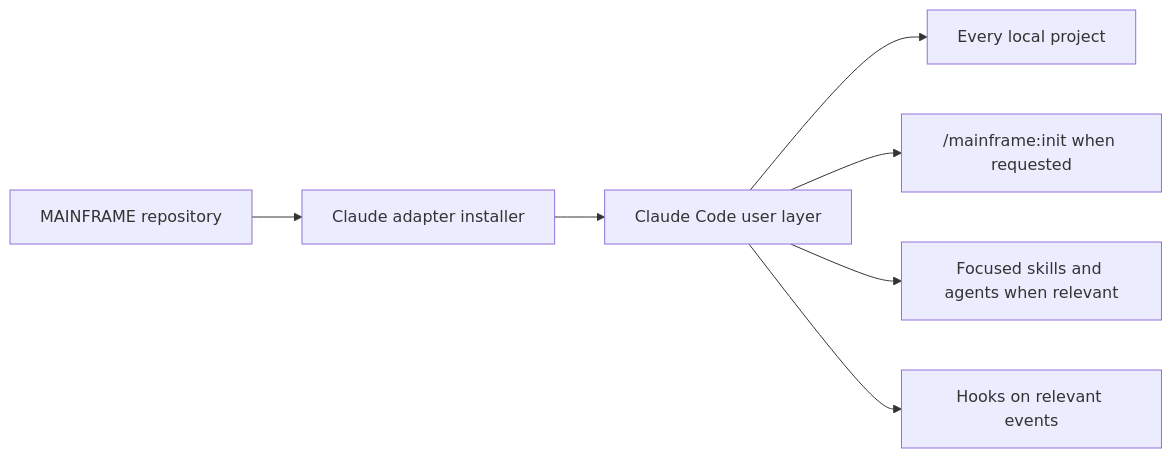
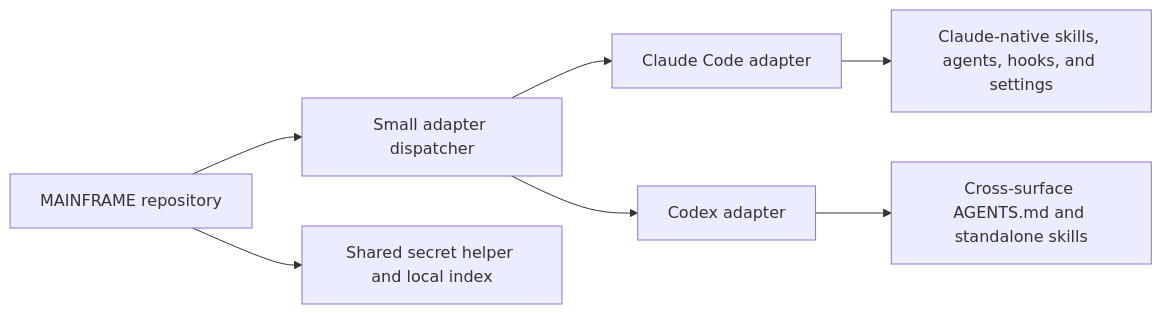
Before and after one commit to CATWILLgh/MAINFRAME: the diagram in README.md, drawn with Mermaid. The commit also changed other lines of this file and 7 other files, not shown here.

Commit message:
feat(codex): add native baseline adapter

````diff
--- a/README.md
+++ b/README.md
@@ -50,9 +51,9 @@
 ```mermaid
 flowchart LR
-    R["MAINFRAME repository"] --> I["Claude adapter installer"]
-    I --> C["Claude Code user layer"]
-    C --> P["Every local project"]
-    C --> M["/mainframe:init when requested"]
-    C --> S["Focused skills and agents when relevant"]
-    C --> H["Hooks on relevant events"]
+    R["MAINFRAME repository"] --> D["Small adapter dispatcher"]
+    D --> C["Claude Code adapter"]
+    D --> X["Codex adapter"]
+    C --> P["Claude-native skills, agents, hooks, and settings"]
+    X --> B["Cross-surface AGENTS.md and standalone skills"]
+    R --> S["Shared secret helper and local index"]
 ```
````
